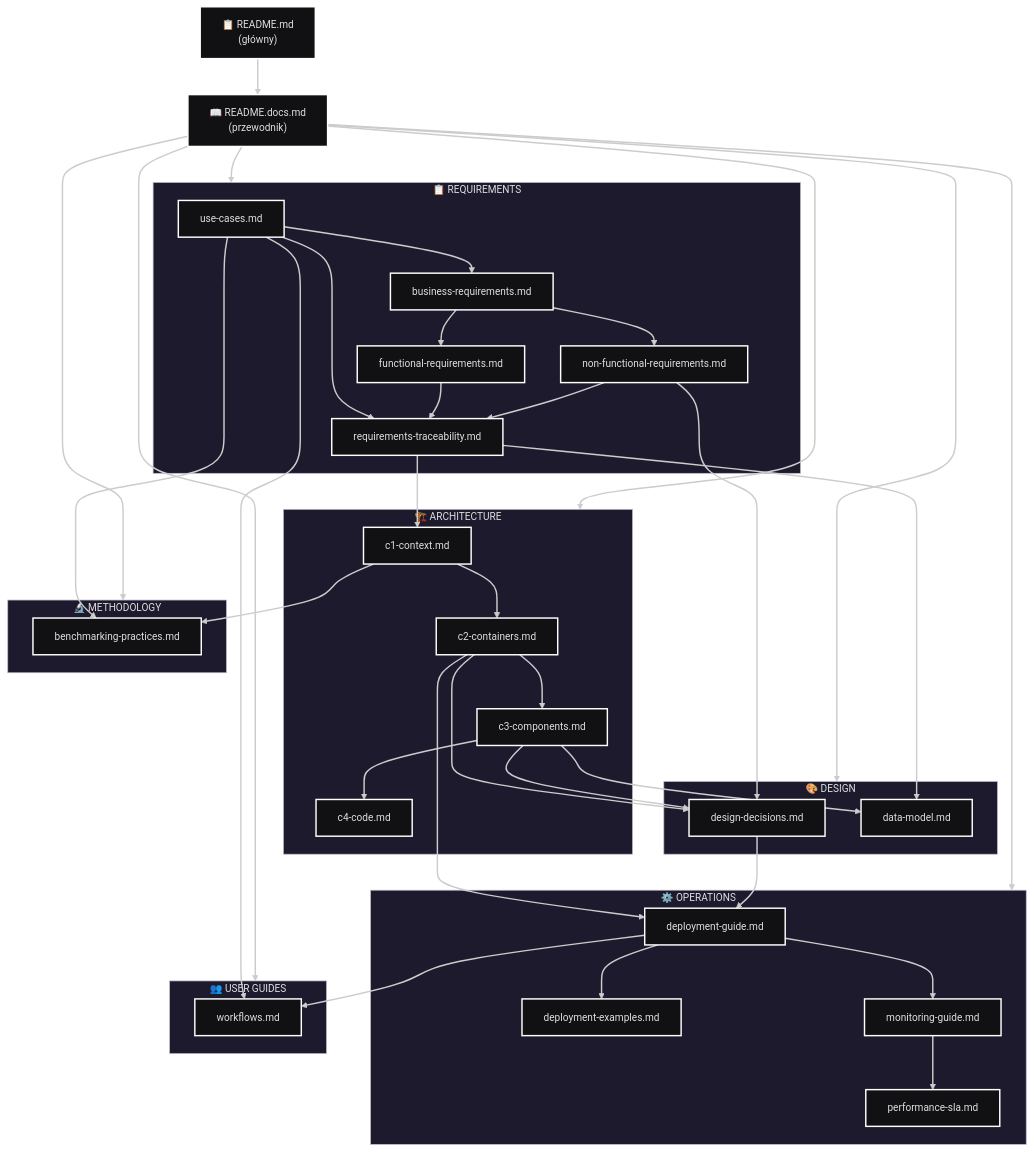
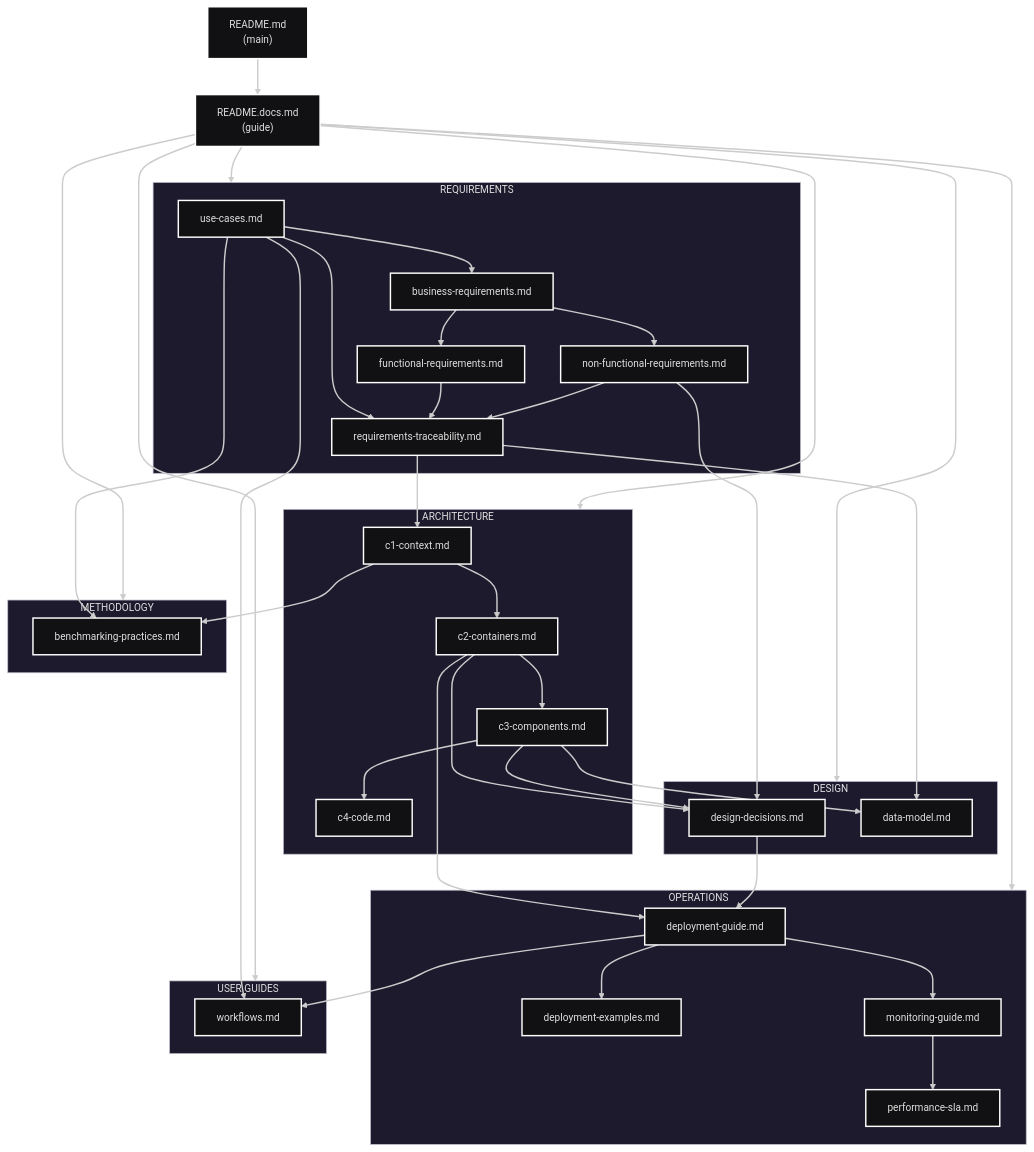
The diagram in docs/DOCUMENT_MAP.md (jedrzejpolaczek/aviarium.corvidae.corvus_corone), drawn with Mermaid before and after one commit. The commit also changed other lines of this file and 12 other files, not shown here.

```diff
--- a/docs/DOCUMENT_MAP.md
+++ b/docs/DOCUMENT_MAP.md
@@ -12,10 +12,10 @@
   theme: redux-dark
 ---
 flowchart TB
-    README["📋 README.md<br/>(główny)"]
-    DOCS_README["📖 README.docs.md<br/>(przewodnik)"]
+    README["README.md<br/>(main)"]
+    DOCS_README["README.docs.md<br/>(guide)"]
     
-    subgraph REQUIREMENTS["📋 REQUIREMENTS"]
+    subgraph REQUIREMENTS["REQUIREMENTS"]
         UC["use-cases.md"]
         BR["business-requirements.md"]
         FR["functional-requirements.md"]
@@ -23,30 +23,30 @@
         RTM["requirements-traceability.md"]
     end
     
-    subgraph ARCHITECTURE["🏗️ ARCHITECTURE"]
+    subgraph ARCHITECTURE["ARCHITECTURE"]
         C1["c1-context.md"]
         C2["c2-containers.md"]
         C3["c3-components.md"]
         C4["c4-code.md"]
     end
     
-    subgraph DESIGN["🎨 DESIGN"]
+    subgraph DESIGN["DESIGN"]
         ADR["design-decisions.md"]
         DM["data-model.md"]
     end
     
-    subgraph OPERATIONS["⚙️ OPERATIONS"]
+    subgraph OPERATIONS["OPERATIONS"]
         DG["deployment-guide.md"]
         DE["deployment-examples.md"]
         MG["monitoring-guide.md"]
         SLA["performance-sla.md"]
     end
     
-    subgraph METHODOLOGY["🔬 METHODOLOGY"]
+    subgraph METHODOLOGY["METHODOLOGY"]
         BP["benchmarking-practices.md"]
     end
     
-    subgraph GUIDES["👥 USER GUIDES"]
+    subgraph GUIDES["USER GUIDES"]
         WF["workflows.md"]
     end
     
```
